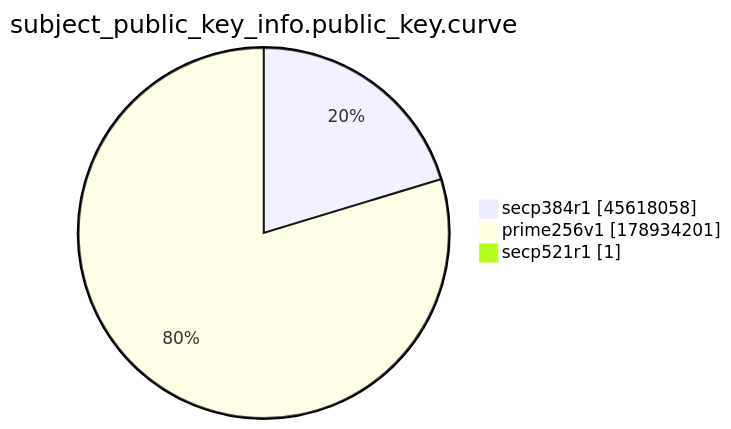
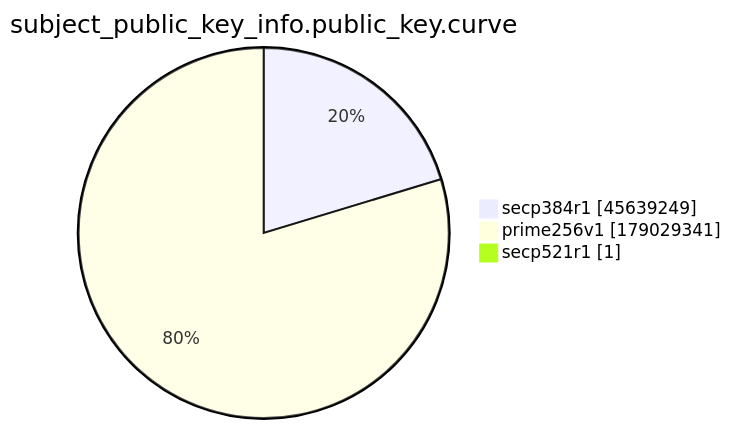
One commit to christiankrug/ctmonitor_visualization changed the ninth of 15 diagrams in xenon2022/README.md. Above: the diagram before and after it, drawn with Mermaid. The commit also changed other lines of this file, not shown here.

````diff
--- a/xenon2022/README.md
+++ b/xenon2022/README.md
@@ -2873,7 +2873,7 @@
 ```mermaid
 pie showData
 title subject_public_key_info.public_key.curve
-"secp384r1" :45618058
-"prime256v1" :178934201
+"secp384r1" :45639249
+"prime256v1" :179029341
 "secp521r1" :1
 ```
````
